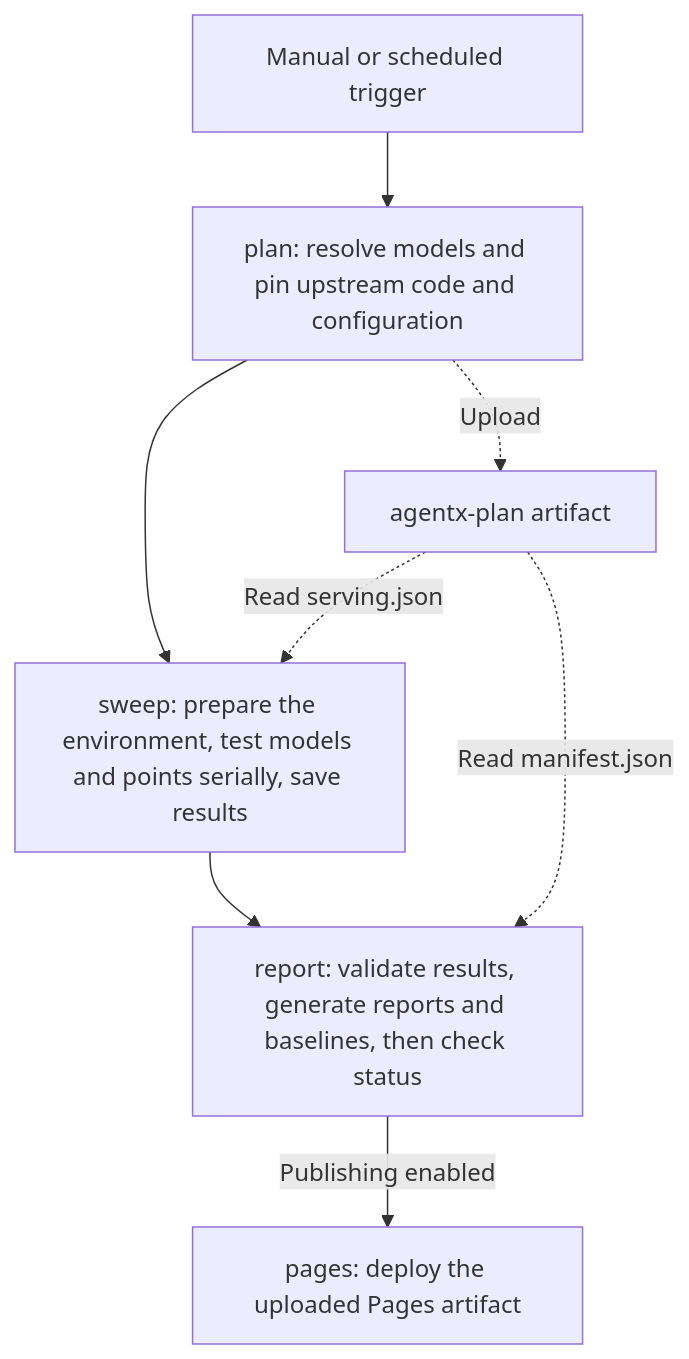
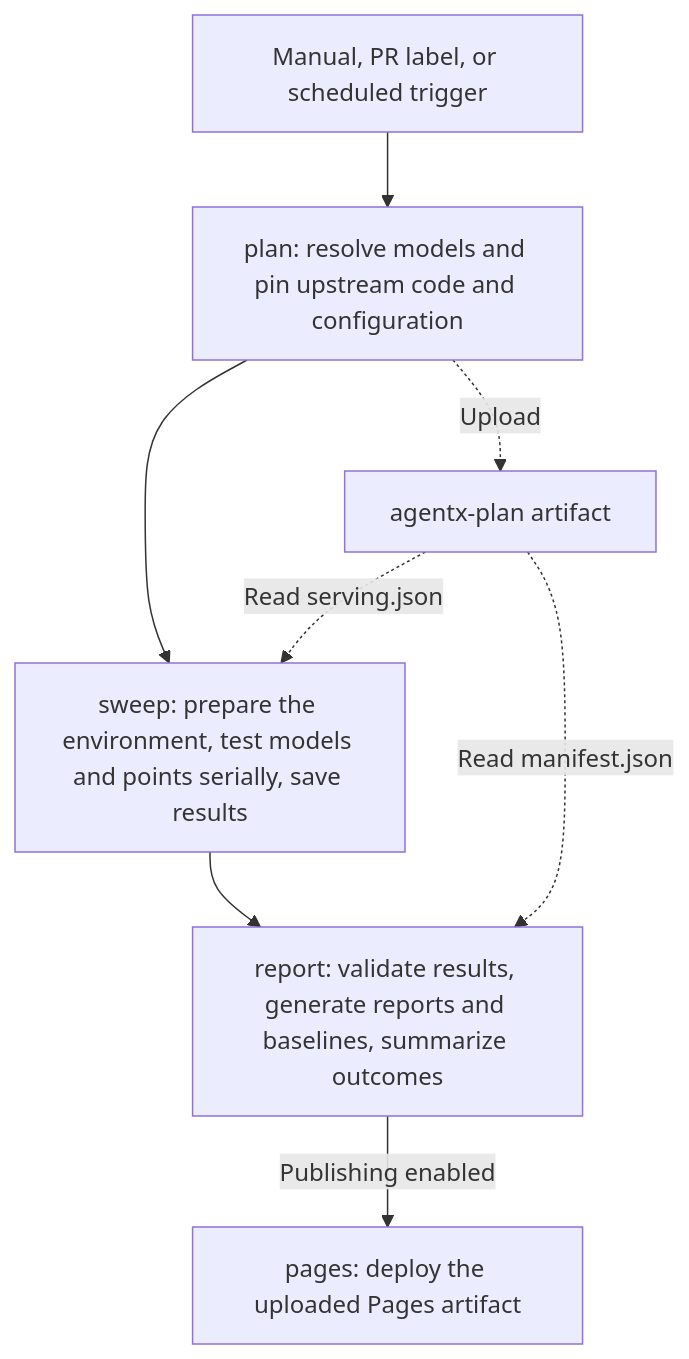
Before and after one commit to AMD-AGI/AKLR: the diagram in benchmarks/agentx/README.md, drawn with Mermaid. The commit also changed other lines of this file and 21 other files, not shown here.

````diff
--- a/benchmarks/agentx/README.md
+++ b/benchmarks/agentx/README.md
@@ -11,10 +11,10 @@
 ```mermaid
 flowchart TD
-    T["Manual or scheduled trigger"] --> P["plan: resolve models and pin upstream code and configuration"]
+    T["Manual, PR label, or scheduled trigger"] --> P["plan: resolve models and pin upstream code and configuration"]
     P --> S["sweep: prepare the environment, test models and points serially, save results"]
-    S --> R["report: validate results, generate reports and baselines, then check status"]
+    S --> R["report: validate results, generate reports and baselines, summarize outcomes"]
     R -->|"Publishing enabled"| D["pages: deploy the uploaded Pages artifact"]
     P -.->|"Upload"| A["agentx-plan artifact"]
     A -.->|"Read serving.json"| S
     A -.->|"Read manifest.json"| R
 ```
````
